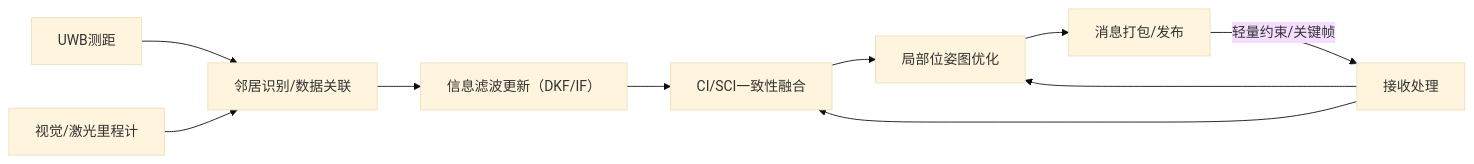
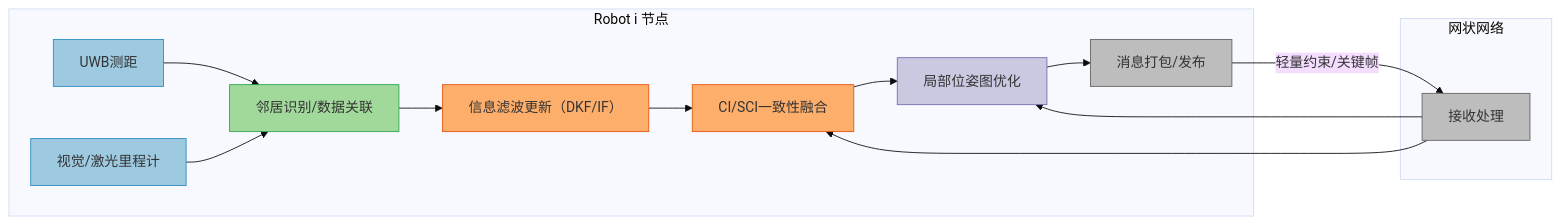
The first of 6 diagrams in 设计方案_算法与图纸.md (SeoYe77/uwb-dcl-design), drawn with Mermaid (base theme) before and after one commit. The commit also changed other lines of this file, not shown here.

````diff
--- a/设计方案_算法与图纸.md
+++ b/设计方案_算法与图纸.md
@@ -42,12 +27,25 @@
 ```mermaid
 flowchart LR
-  A1[UWB测距] --> B1[邻居识别/数据关联]
-  C1[视觉/激光里程计] --> B1
-  B1 --> D1[信息滤波更新（DKF/IF）]
-  D1 --> E1[CI/SCI一致性融合]
-  E1 --> F1[局部位姿图优化]
-  F1 --> G1[消息打包/发布]
-  G1 -->|轻量约束/关键帧| H1[接收处理]
-  H1 --> F1
-  H1 --> E1
+  subgraph R1[Robot i 节点]
+    UWB_Sense[UWB测距]:::sensor --> Assoc[邻居识别/数据关联]:::assoc
+    VIO_Sense[视觉/激光里程计]:::sensor --> Assoc
+    Assoc --> IFU[信息滤波更新（DKF/IF）]:::fuse
+    IFU --> CIFuse[CI/SCI一致性融合]:::fuse
+    CIFuse --> PGO_Local[局部位姿图优化]:::backend
+    PGO_Local --> MsgOut[消息打包/发布]:::comm
+  end
+
+  subgraph NET[网状网络]
+    MsgOut -->|轻量约束/关键帧| MsgIn[接收处理]:::comm
+  end
+
+  MsgIn --> PGO_Local
+  MsgIn --> CIFuse
+
+  %% 样式定义
+  classDef sensor fill:#9ecae1,stroke:#2b8cbe,stroke-width:1px;
+  classDef assoc fill:#a1d99b,stroke:#31a354,stroke-width:1px;
+  classDef fuse fill:#fdae6b,stroke:#e6550d,stroke-width:1px;
+  classDef backend fill:#cbc9e2,stroke:#756bb1,stroke-width:1px;
+  classDef comm fill:#bdbdbd,stroke:#636363,stroke-width:1px;
 ```
````
